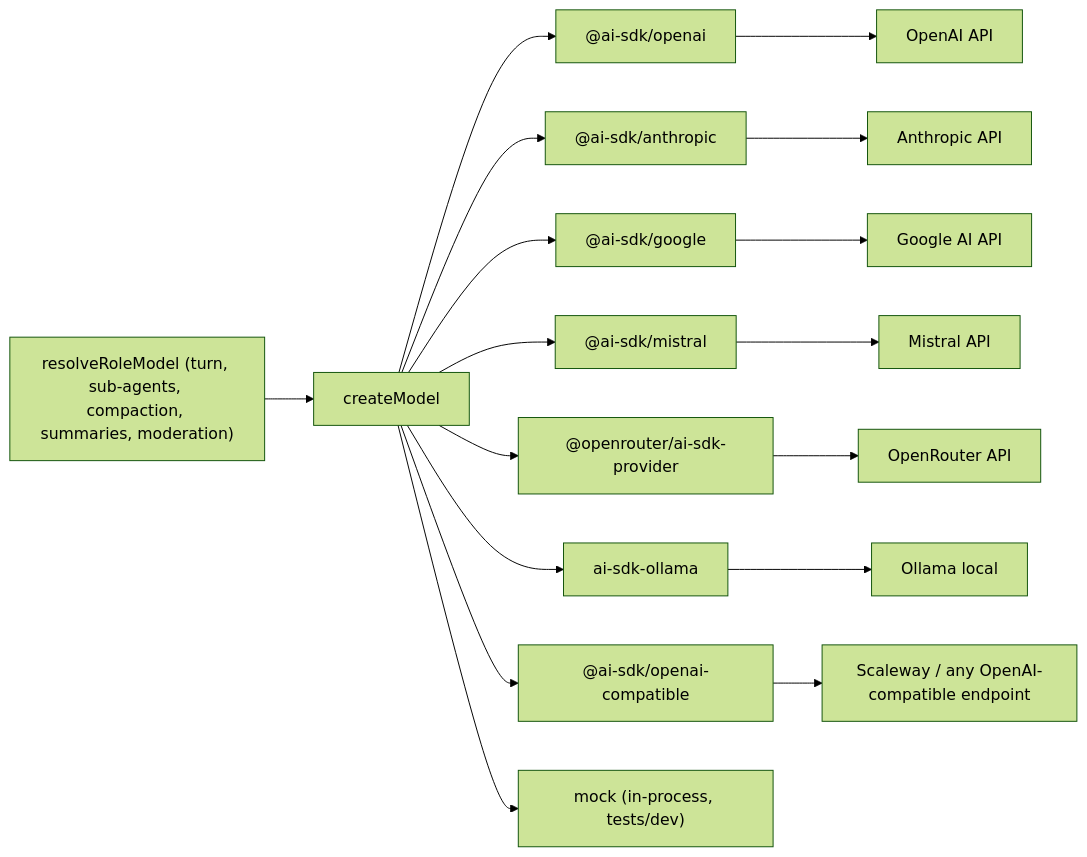
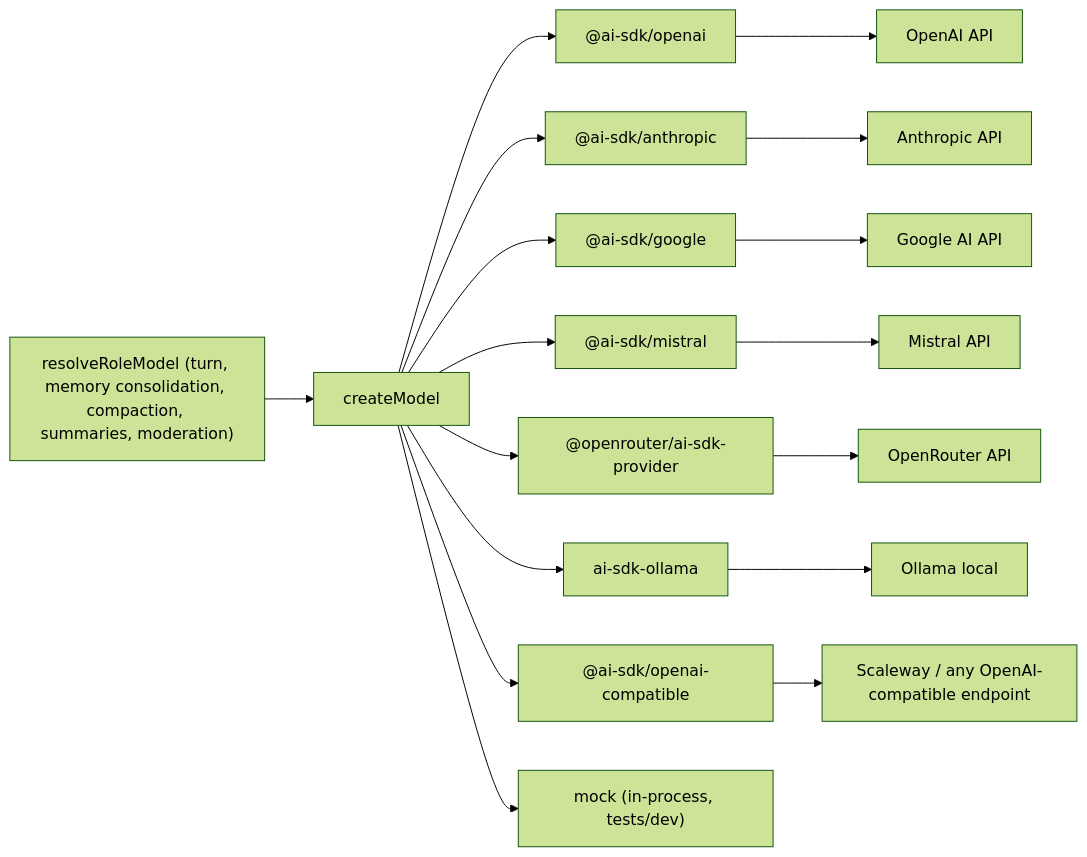
One commit to data-fair/agents changed the diagram in docs/architecture/providers.md. Above: the diagram before and after it, drawn with Mermaid (forest theme). The commit also changed other lines of this file and 31 other files, not shown here.

First line of the commit message:
docs: page skills, and why sub-agents went

````diff
--- a/docs/architecture/providers.md
+++ b/docs/architecture/providers.md
@@ -5,21 +5,21 @@
 ```mermaid
 graph LR
-  RM["resolveRoleModel (turn, sub-agents, compaction, summaries, moderation)"] --> CM[createModel]
+  RM["resolveRoleModel (turn, memory consolidation, compaction, summaries, moderation)"] --> CM[createModel]
 
   CM --> OAI["@ai-sdk/openai"]
   CM --> ANT["@ai-sdk/anthropic"]
   CM --> GOO["@ai-sdk/google"]
   CM --> MIS["@ai-sdk/mistral"]
   CM --> OR["@openrouter/ai-sdk-provider"]
   CM --> OLL["ai-sdk-ollama"]
   CM --> OC["@ai-sdk/openai-compatible"]
   CM --> MOCK["mock (in-process, tests/dev)"]
 
   OAI --> LLM1[OpenAI API]
   ANT --> LLM2[Anthropic API]
   GOO --> LLM3[Google AI API]
   MIS --> LLM4[Mistral API]
   OR --> LLM5[OpenRouter API]
   OLL --> LLM6[Ollama local]
   OC --> LLM7["Scaleway / any OpenAI-compatible endpoint"]
 ```
````
